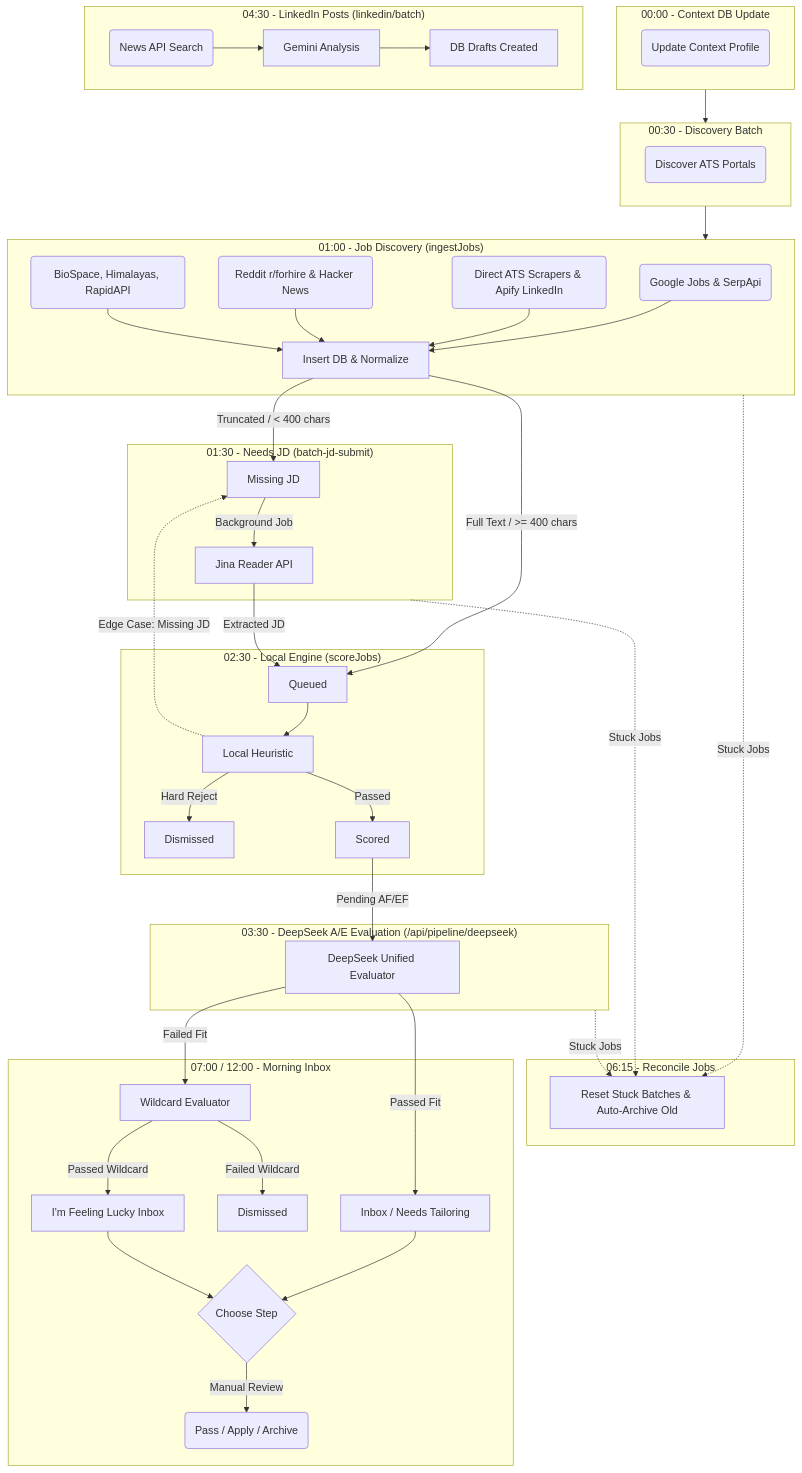
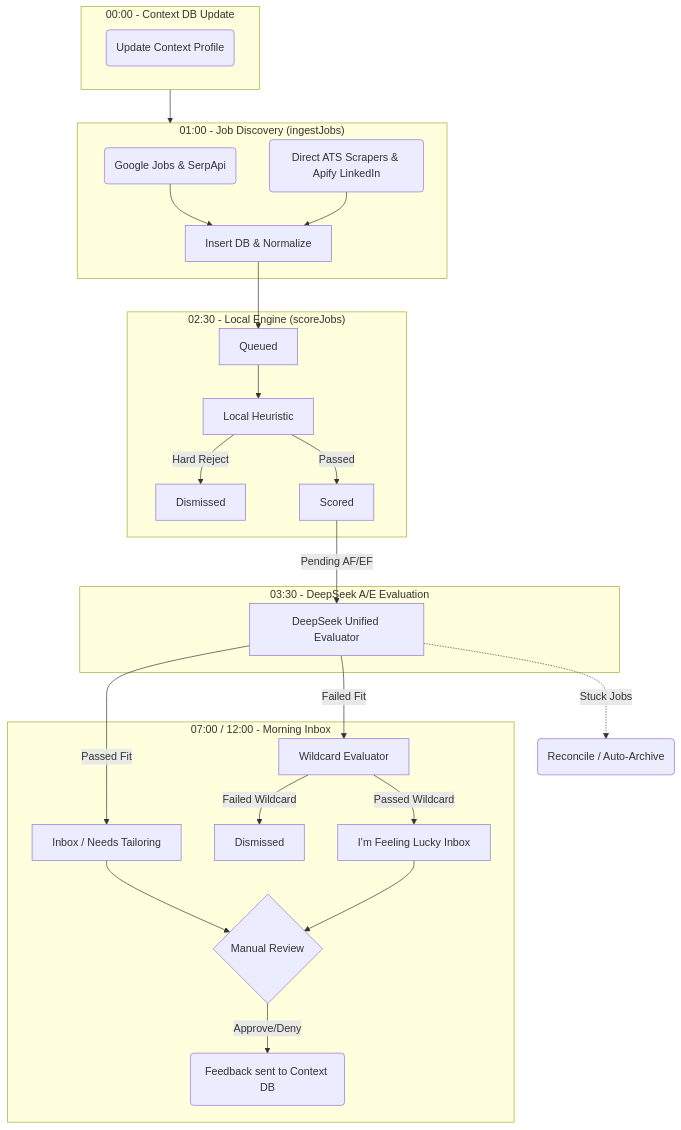
One commit to j85473/career-dashboard changed the diagram in README.md. Above: the diagram before and after it, drawn with Mermaid. The commit also changed other lines of this file, not shown here.

Commit message:
docs: rewrite README in Kodak manual style with Memory Bank reference

````diff
--- a/README.md
+++ b/README.md
@@ -13,74 +146,44 @@
 ```mermaid
 flowchart TD
     %% Context DB Update
     subgraph ContextDB ["00:00 - Context DB Update"]
         CTX(Update Context Profile)
     end
 
-    %% ATS Discovery
-    subgraph Discovery ["00:30 - Discovery Batch"]
-        DISC(Discover ATS Portals)
-    end
-
     %% Ingestion Sources
     subgraph Ingestion ["01:00 - Job Discovery (ingestJobs)"]
         S1(Google Jobs & SerpApi)
         S2(Direct ATS Scrapers & Apify LinkedIn)
-        S3(Reddit r/forhire & Hacker News)
-        S4(BioSpace, Himalayas, RapidAPI)
         
         A[Insert DB & Normalize]
-        
-        S1 & S2 & S3 & S4 --> A
+        S1 & S2 --> A
     end
     
-    %% JD Batch
-    subgraph JDBatch ["01:30 - Needs JD (batch-jd-submit)"]
-        NJD[Missing JD] -->|Background Job| G[Jina Reader API]
-    end
-
     %% Local Engine
     subgraph LocalScoring ["02:30 - Local Engine (scoreJobs)"]
         Q[Queued] --> C[Local Heuristic]
         C -->|Hard Reject| D[Dismissed]
         C -->|Passed| E[Scored]
     end
 
     %% DeepSeek Unified Fit Evaluation
-    subgraph DeepSeekFit ["03:30 - DeepSeek A/E Evaluation (/api/pipeline/deepseek)"]
+    subgraph DeepSeekFit ["03:30 - DeepSeek A/E Evaluation"]
         E -->|Pending AF/EF| H[DeepSeek Unified Evaluator]
-    end
-
-    %% LinkedIn Drafts
-    subgraph LinkedIn ["04:30 - LinkedIn Posts (linkedin/batch)"]
-        LI1(News API Search) --> LI2[Gemini Analysis]
-        LI2 --> LI3[DB Drafts Created]
-    end
-
-    %% Reconciliation
-    subgraph Reconciliation ["06:15 - Reconcile Jobs"]
-        REC[Reset Stuck Batches & Auto-Archive Old]
     end
 
     %% Morning Inbox
     subgraph Inbox ["07:00 / 12:00 - Morning Inbox"]
         H -->|Failed Fit| W[Wildcard Evaluator]
         W -->|Passed Wildcard| L[I'm Feeling Lucky Inbox]
         W -->|Failed Wildcard| I[Dismissed]
         H -->|Passed Fit| J[Inbox / Needs Tailoring]
         
-        J & L --> N{Choose Step}
-        N -->|Manual Review| M(Pass / Apply / Archive)
+        J & L --> N{Manual Review}
+        N -->|Approve/Deny| M(Feedback sent to Context DB)
     end
 
     %% Connections
-    ContextDB --> Discovery
-    Discovery --> Ingestion
-    A -->|Truncated / < 400 chars| NJD
-    A -->|Full Text / >= 400 chars| Q
-    G -->|Extracted JD| Q
-    C -.->|Edge Case: Missing JD| NJD
-    Ingestion -.->|Stuck Jobs| REC
-    JDBatch -.->|Stuck Jobs| REC
-    DeepSeekFit -.->|Stuck Jobs| REC
+    ContextDB --> Ingestion
+    A --> Q
+    H -.->|Stuck Jobs| REC(Reconcile / Auto-Archive)
 ```
````
